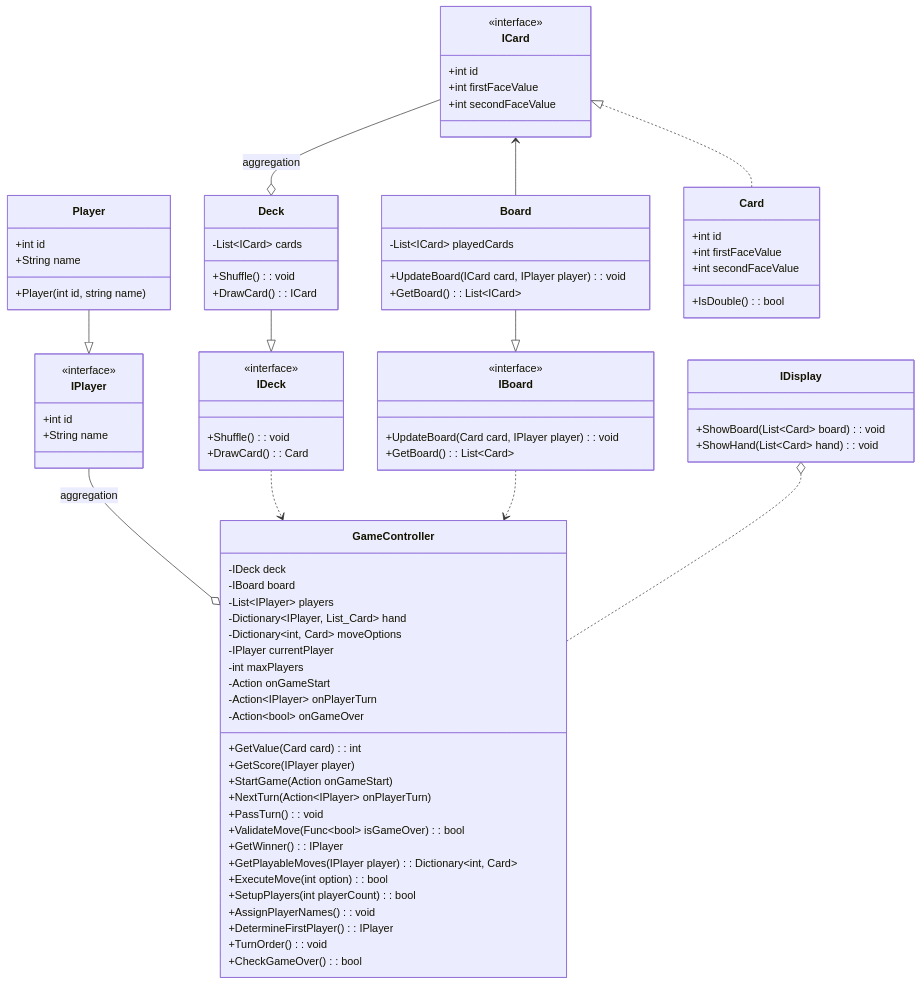
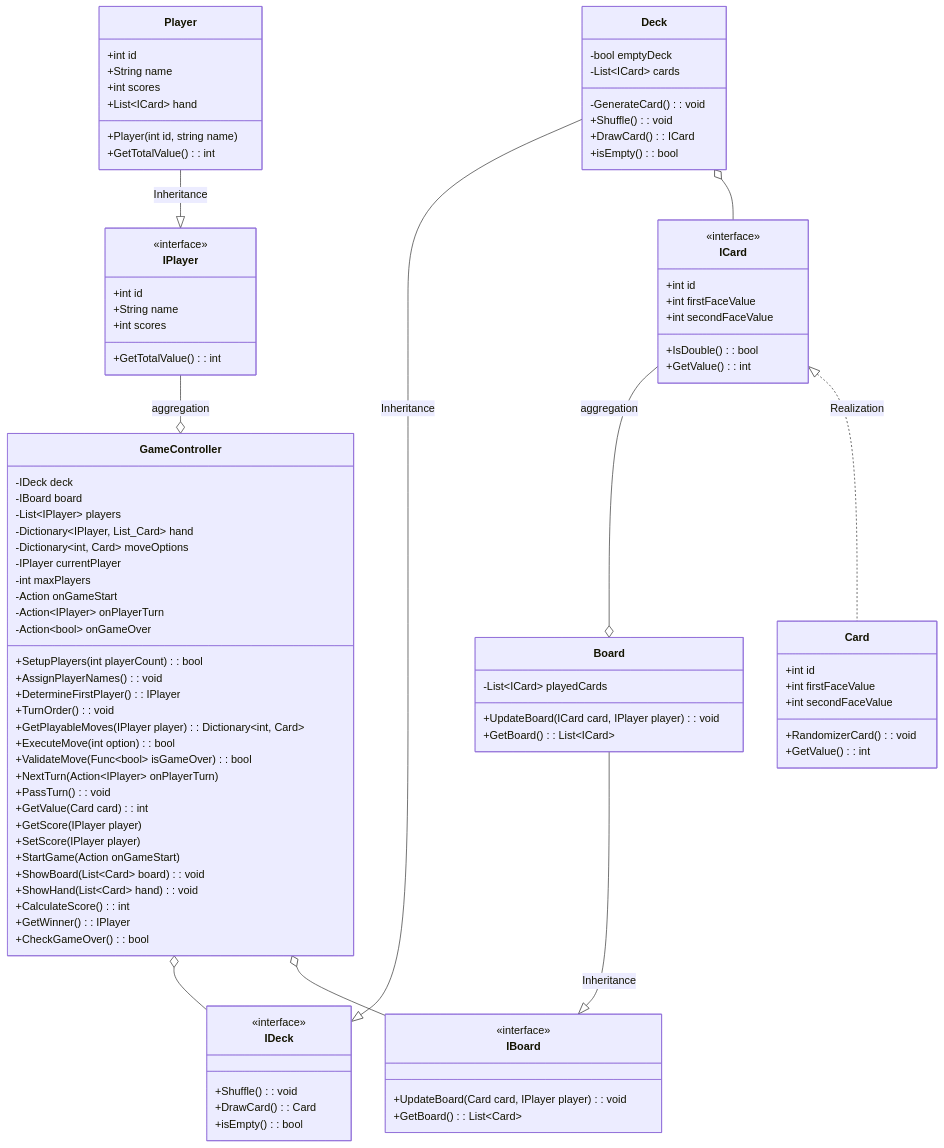
The diagram in Day6/DiagramClassProject/Domino.mmd (RavenFajar/bootCamp13), drawn with Mermaid before and after one commit.

Commit message:
Domino Update3

```diff
--- a/Day6/DiagramClassProject/Domino.mmd
+++ b/Day6/DiagramClassProject/Domino.mmd
@@ -1,83 +1,95 @@
 classDiagram
 class IPlayer{
     <<interface>>
     +int id
     +String name
+    +int scores
+    +GetTotalValue() : int
 }
 class Player{
     +int id
     +String name
+    +int scores
+    +List~ICard~ hand
     +Player(int id, string name)
+    +GetTotalValue() : int
 }
 class ICard{
     <<interface>>
     +int id
     +int firstFaceValue
     +int secondFaceValue 
-}
-class IDisplay {
-    +ShowBoard(List~Card~ board) : void
-    +ShowHand(List~Card~ hand) : void
+    +IsDouble() : bool
+    +GetValue() : int
 }
 class IDeck{
     <<interface>>
     +Shuffle() : void
     +DrawCard() : Card
+    +isEmpty() : bool
 }
 class IBoard{
     <<interface>>
     +UpdateBoard(Card card, IPlayer player) : void
     +GetBoard() : List~Card~
+   
 }
 class Deck{
+    -bool emptyDeck
+    -GenerateCard() : void
     -List~ICard~ cards
     +Shuffle() : void
     +DrawCard() : ICard
+    +isEmpty() : bool
 }
 class Board{
     -List~ICard~ playedCards
     +UpdateBoard(ICard card, IPlayer player) : void
     +GetBoard() : List~ICard~
 }
 class Card{
     +int id
     +int firstFaceValue
     +int secondFaceValue   
-    +IsDouble() : bool
+    +RandomizerCard() : void
+    +GetValue() : int
 }
 class GameController{
     -IDeck deck
     -IBoard board
     -List~IPlayer~ players
     -Dictionary~IPlayer, List_Card~ hand
     -Dictionary~int, Card~ moveOptions
     -IPlayer currentPlayer
     -int maxPlayers
     -Action onGameStart
     -Action~IPlayer~ onPlayerTurn
     -Action~bool~ onGameOver
-    +GetValue(Card card) : int
-    +GetScore(IPlayer player)
-    +StartGame(Action onGameStart)
-    +NextTurn(Action~IPlayer~ onPlayerTurn)
-    +PassTurn() : void
-    +ValidateMove(Func~bool~ isGameOver) : bool
-    +GetWinner() : IPlayer
-    +GetPlayableMoves(IPlayer player) : Dictionary~int, Card~
-    +ExecuteMove(int option) : bool
     +SetupPlayers(int playerCount) : bool
     +AssignPlayerNames() : void
     +DetermineFirstPlayer() : IPlayer
     +TurnOrder() : void
+    +GetPlayableMoves(IPlayer player) : Dictionary~int, Card~
+    +ExecuteMove(int option) : bool
+    +ValidateMove(Func~bool~ isGameOver) : bool
+    +NextTurn(Action~IPlayer~ onPlayerTurn)
+    +PassTurn() : void
+    +GetValue(Card card) : int
+    +GetScore(IPlayer player)
+    +SetScore(IPlayer player)
+    +StartGame(Action onGameStart)
+    +ShowBoard(List~Card~ board) : void
+    +ShowHand(List~Card~ hand) : void
+    +CalculateScore() : int
+    +GetWinner() : IPlayer
     +CheckGameOver() : bool
 }
 IPlayer --o GameController : aggregation
-IDeck ..> GameController
-IBoard ..> GameController
-Deck --|> IDeck
-Board --|> IBoard
-Player --|> IPlayer
-ICard --o Deck : aggregation
-ICard <-- Board
-IDisplay o.. GameController
-ICard <|.. Card
+GameController o-- IDeck
+GameController o-- IBoard
+Deck --|> IDeck : Inheritance
+Board --|> IBoard : Inheritance
+Player --|> IPlayer : Inheritance
+Deck o-- ICard
+ICard --o Board : aggregation
+ICard <|.. Card : Realization
```
